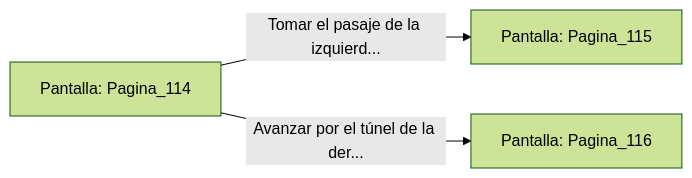
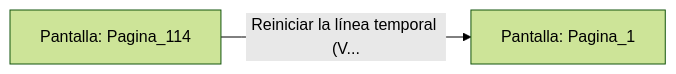
The diagram in sample/eligejuego-vault/Pantalla_Pagina_114.md (metsuke/mpl), drawn with Mermaid (forest theme) before and after one commit. The commit also changed other lines of this file and 635 other files, not shown here.

First line of the commit message:
fix: añadir Pagina_1 como pantalla inicial en capitulo_01.mpl

````diff
--- a/sample/eligejuego-vault/Pantalla_Pagina_114.md
+++ b/sample/eligejuego-vault/Pantalla_Pagina_114.md
@@ -20,6 +17,5 @@
 ```mermaid
 graph LR
     P_Pagina_114["Pantalla: Pagina_114"]
-    P_Pagina_114 -->|"Tomar el pasaje de la izquierd..."| P_Pagina_115["Pantalla: Pagina_115"]
-    P_Pagina_114 -->|"Avanzar por el túnel de la der..."| P_Pagina_116["Pantalla: Pagina_116"]
+    P_Pagina_114 -->|"Reiniciar la línea temporal (V..."| P_Pagina_1["Pantalla: Pagina_1"]
 ```
````
